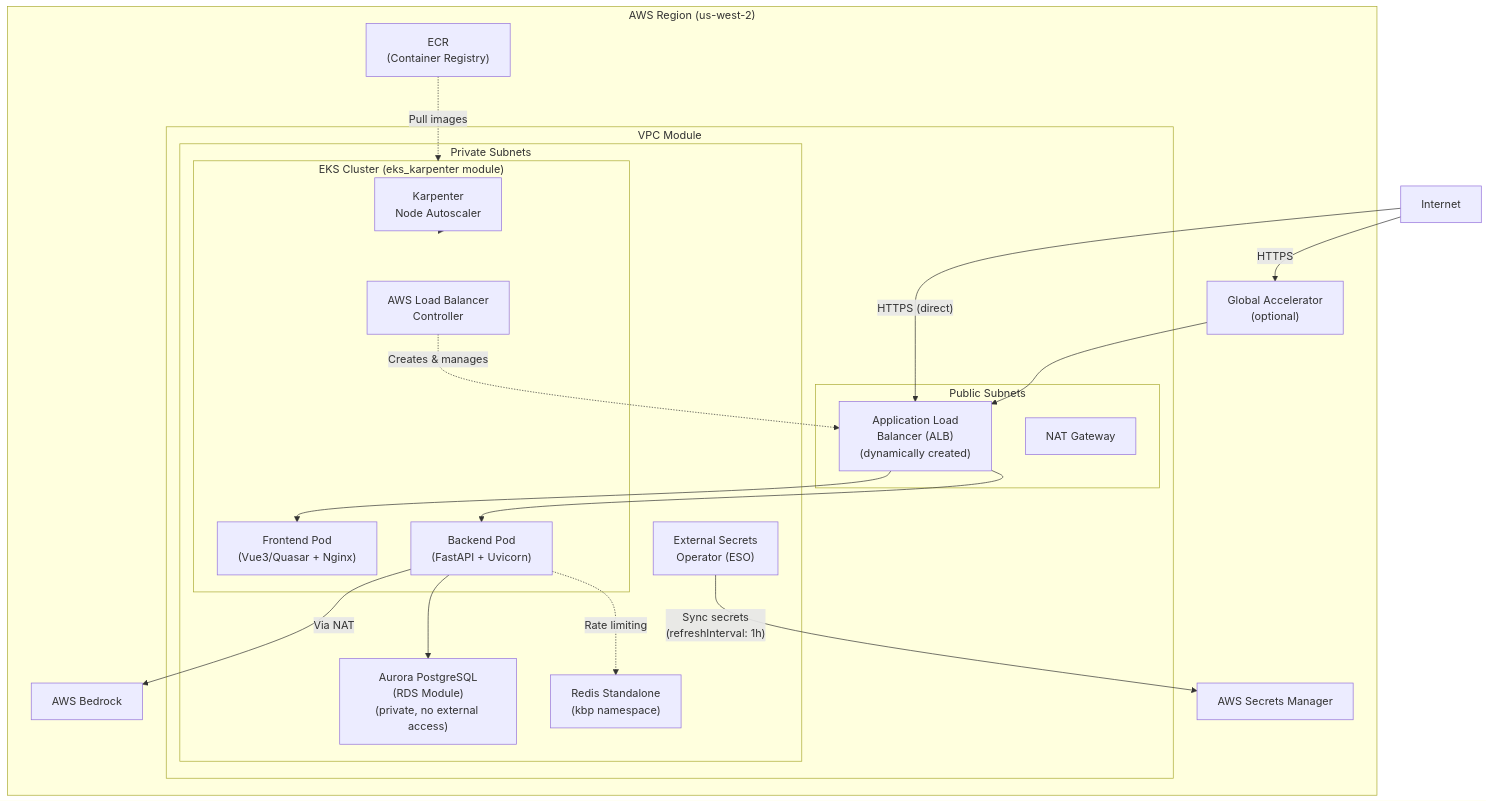
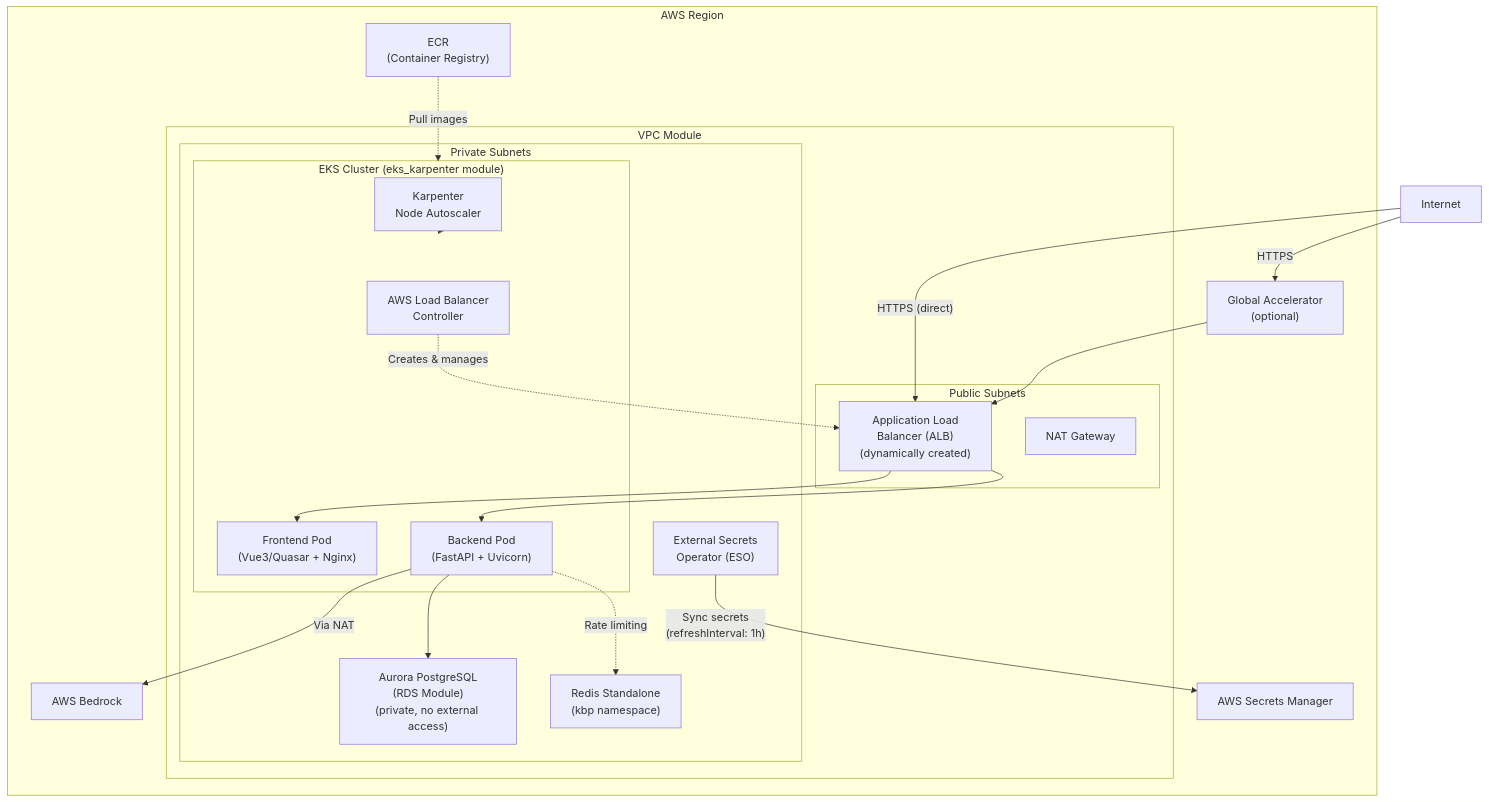
The fifth of 9 diagrams in docs/architecture.md (aws-samples/sample-kolya-br-proxy), drawn with Mermaid before and after one commit. The commit also changed other lines of this file and 6 other files, not shown here.

````diff
--- a/docs/architecture.md
+++ b/docs/architecture.md
@@ -377,41 +377,41 @@
 ```mermaid
 graph TD
-    subgraph AWS_Region ["AWS Region (us-west-2)"]
+    subgraph AWS_Region ["AWS Region"]
         subgraph VPC ["VPC Module"]
             subgraph Public_Subnets ["Public Subnets"]
                 ALB["Application Load<br/>Balancer (ALB)<br/>(dynamically created)"]
                 NAT["NAT Gateway"]
             end
 
             subgraph Private_Subnets ["Private Subnets"]
                 subgraph EKS ["EKS Cluster (eks_karpenter module)"]
                     Karpenter["Karpenter<br/>Node Autoscaler"]
                     LBC["AWS Load Balancer<br/>Controller"]
                     FrontendPod["Frontend Pod<br/>(Vue3/Quasar + Nginx)"]
                     BackendPod["Backend Pod<br/>(FastAPI + Uvicorn)"]
                 end
                 Aurora["Aurora PostgreSQL<br/>(RDS Module)<br/>(private, no external access)"]
                 Redis_Pod["Redis Standalone<br/>(kbp namespace)"]
                 ESO["External Secrets<br/>Operator (ESO)"]
             end
         end
 
         ECR["ECR<br/>(Container Registry)"]
         Bedrock["AWS Bedrock"]
         SecretsManager["AWS Secrets Manager"]
         GA["Global Accelerator<br/>(optional)"]
     end
 
     Internet["Internet"] -->|"HTTPS"| GA
     GA --> ALB
     Internet -->|"HTTPS (direct)"| ALB
     ALB --> FrontendPod
     ALB --> BackendPod
     BackendPod -->|"Via NAT"| Bedrock
     BackendPod --> Aurora
     BackendPod -.->|"Rate limiting"| Redis_Pod
     ESO -->|"Sync secrets<br/>(refreshInterval: 1h)"| SecretsManager
     Karpenter --> Private_Subnets
     LBC -.->|"Creates & manages"| ALB
     ECR -.->|"Pull images"| EKS
 ```
````
